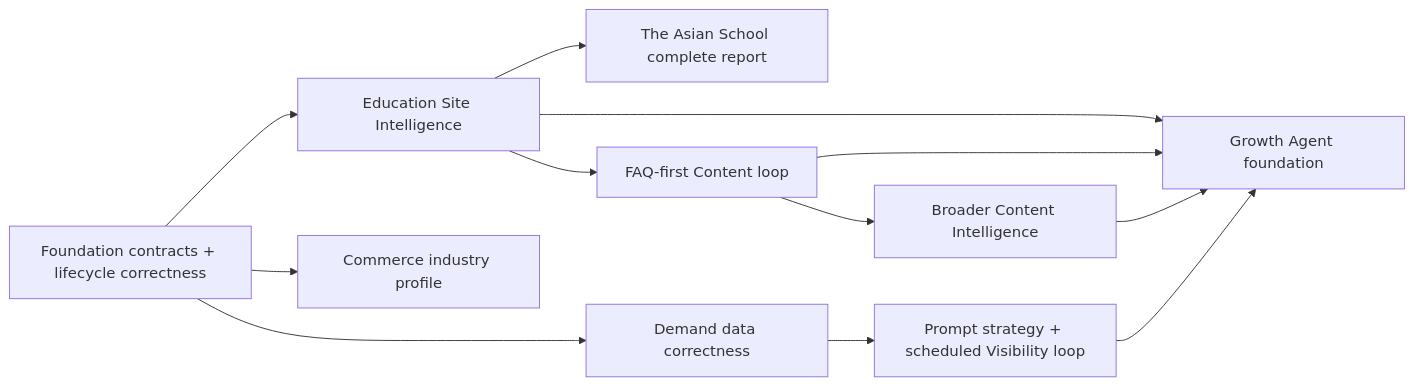
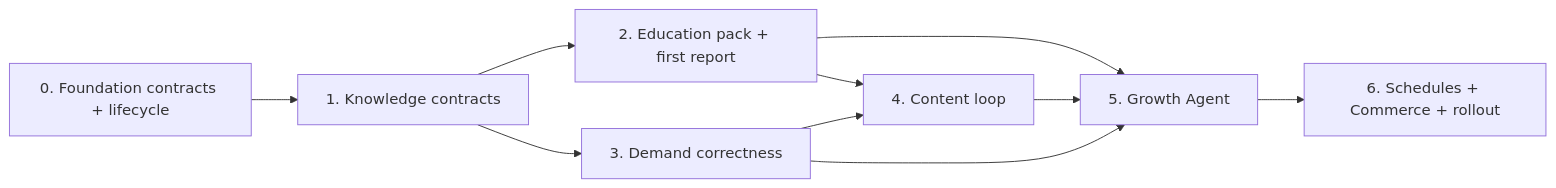
One commit to Cube-27/Citeladder changed the second of 2 diagrams in docs/plans/growth-intelligence-platform.md. Above: the diagram before and after it, drawn with Mermaid. The commit also changed other lines of this file and 49 other files, not shown here.

First line of the commit message:
docs: simplify architecture to four layers and two user decisions

````diff
--- a/docs/plans/growth-intelligence-platform.md
+++ b/docs/plans/growth-intelligence-platform.md
@@ -343,14 +224,12 @@
 ```mermaid
 flowchart LR
-  F["Foundation contracts + lifecycle correctness"] --> E["Education Site Intelligence"]
-  E --> R["The Asian School complete report"]
-  F --> C["Commerce industry profile"]
-  E --> FAQ["FAQ-first Content loop"]
-  FAQ --> CI["Broader Content Intelligence"]
-  F --> D["Demand data correctness"]
-  D --> P["Prompt strategy + scheduled Visibility loop"]
-  E --> A["Growth Agent foundation"]
-  FAQ --> A
-  CI --> A
-  P --> A
+  F["0. Foundation contracts + lifecycle"] --> K["1. Knowledge contracts"]
+  K --> E["2. Education pack + first report"]
+  K --> D["3. Demand correctness"]
+  E --> C["4. Content loop"]
+  D --> C
+  E --> A["5. Growth Agent"]
+  C --> A
+  D --> A
+  A --> S["6. Schedules + Commerce + rollout"]
 ```
````
